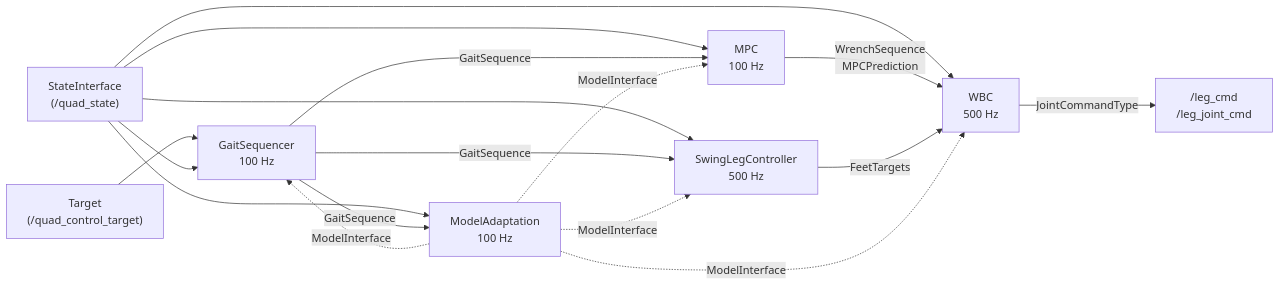
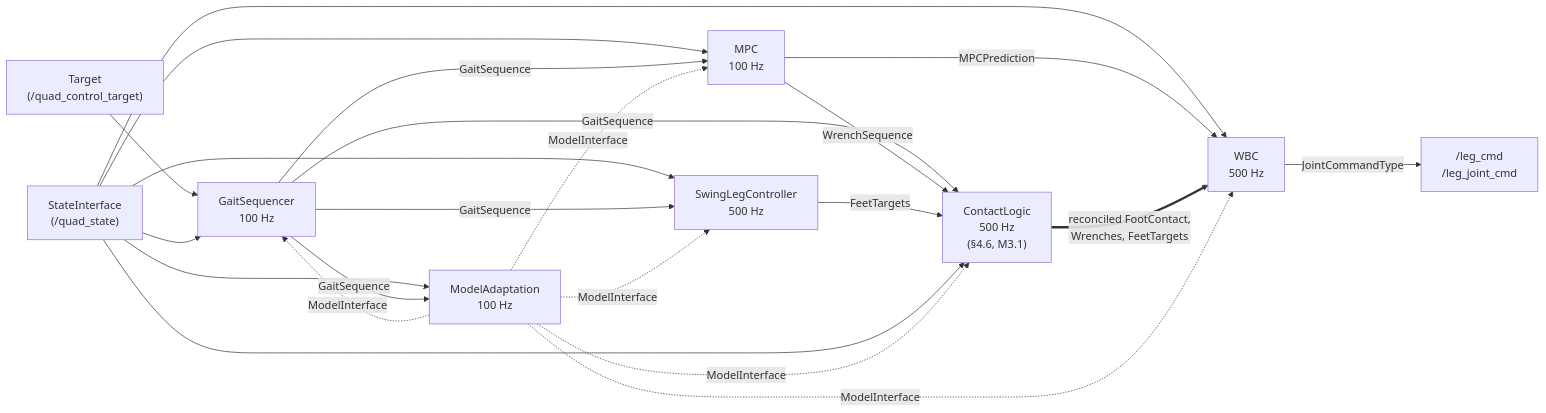
The diagram in doc/modularity/stage_contracts.md (thalesasoares/dfki-quad), drawn with Mermaid before and after one commit. The commit also changed other lines of this file, not shown here.

First line of the commit message:
Specify the ContactLogic stage contract

````diff
--- a/doc/modularity/stage_contracts.md
+++ b/doc/modularity/stage_contracts.md
@@ -42,12 +48,16 @@
 ```mermaid
 flowchart LR
     T["Target<br/>(/quad_control_target)"] --> GS
     S["StateInterface<br/>(/quad_state)"] --> GS & MPC & SLC & WBC & MA
     GS["GaitSequencer<br/>100 Hz"] -->|GaitSequence| MPC["MPC<br/>100 Hz"]
     GS -->|GaitSequence| SLC["SwingLegController<br/>500 Hz"]
     GS -->|GaitSequence| MA
-    MPC -->|WrenchSequence<br/>MPCPrediction| WBC["WBC<br/>500 Hz"]
-    SLC -->|FeetTargets| WBC
+    GS -->|GaitSequence| CL
+    MPC -->|MPCPrediction| WBC["WBC<br/>500 Hz"]
+    MPC -->|WrenchSequence| CL
+    SLC -->|FeetTargets| CL
+    S --> CL
+    CL["ContactLogic<br/>500 Hz<br/>(§4.6, M3.1)"] ==>|reconciled FootContact,<br/>Wrenches, FeetTargets| WBC
     WBC -->|JointCommandType| OUT["/leg_cmd<br/>/leg_joint_cmd"]
-    MA["ModelAdaptation<br/>100 Hz"] -.->|ModelInterface| GS & MPC & SLC & WBC
+    MA["ModelAdaptation<br/>100 Hz"] -.->|ModelInterface| GS & MPC & SLC & WBC & CL
 ```
````
